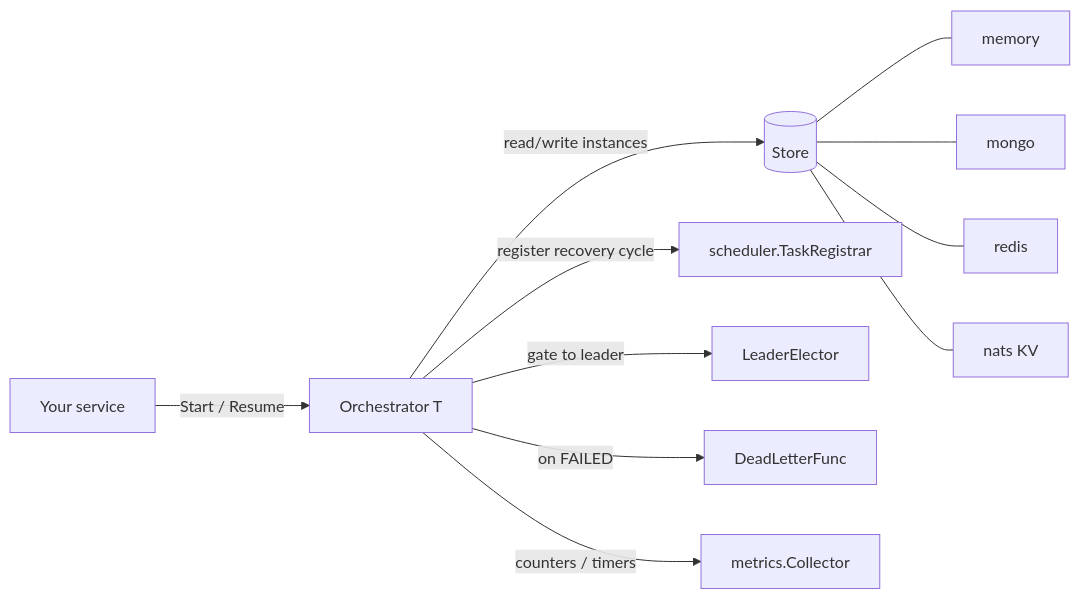
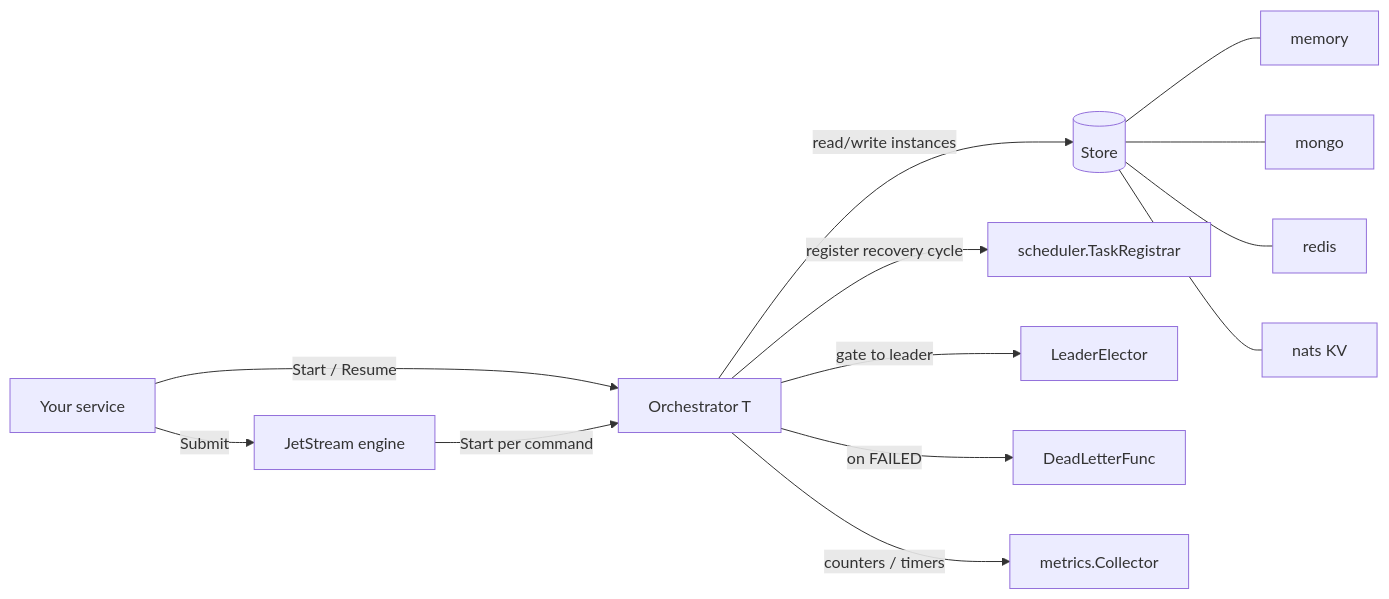
The fifth of 7 diagrams in docs/data/saga.md (altessa-s/go-atlas), drawn with Mermaid before and after one commit. The commit also changed other lines of this file and 11 other files, not shown here.

First line of the commit message:
feat(data/saga): add a NATS JetStream execution engine

````diff
--- a/docs/data/saga.md
+++ b/docs/data/saga.md
@@ -134,13 +134,15 @@
 ```mermaid
 flowchart LR
     App[Your service] -->|Start / Resume| Orch[Orchestrator T]
     Orch -->|read/write instances| Store[(Store)]
     Store --- Mem[memory]
     Store --- Mongo[mongo]
     Store --- Redis[redis]
     Store --- Nats[nats KV]
     Orch -->|register recovery cycle| Sched[scheduler.TaskRegistrar]
     Orch -->|gate to leader| Leader[LeaderElector]
     Orch -->|on FAILED| DLQ[DeadLetterFunc]
     Orch -->|counters / timers| Metrics[metrics.Collector]
+    Engine[JetStream engine] -->|Start per command| Orch
+    App -->|Submit| Engine
 ```
````
